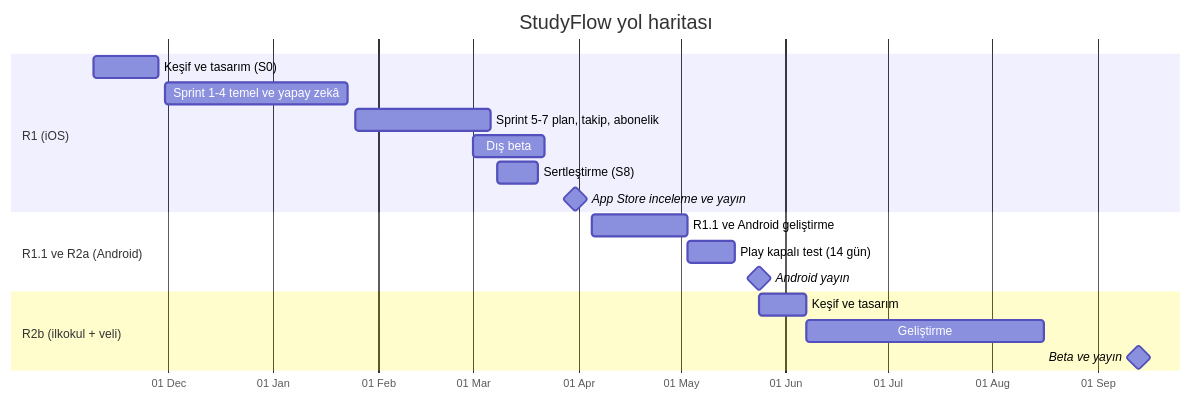
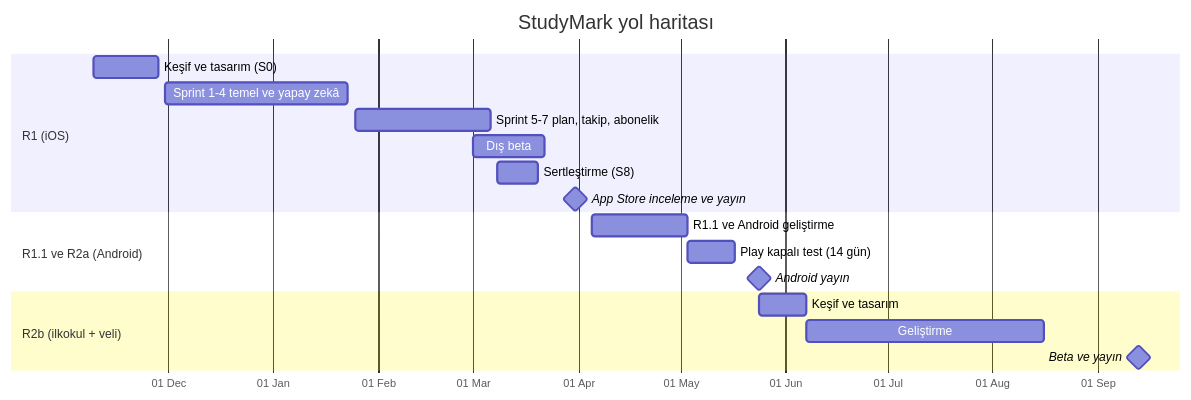
The first of 3 diagrams in agile/project_plan.md (surakaraali/studyflow), drawn with Mermaid before and after one commit. The commit also changed other lines of this file and 43 other files, not shown here.

First line of the commit message:
Rename the app to StudyMark

````diff
--- a/agile/project_plan.md
+++ b/agile/project_plan.md
@@ -35,21 +35,21 @@
 ```mermaid
 gantt
-    title StudyFlow yol haritası
+    title StudyMark yol haritası
     dateFormat YYYY-MM-DD
     axisFormat %d %b
     section R1 (iOS)
     Keşif ve tasarım (S0)          :s0, 2026-11-09, 19d
     Sprint 1-4 temel ve yapay zekâ  :s14, 2026-11-30, 54d
     Sprint 5-7 plan, takip, abonelik :s57, 2027-01-25, 40d
     Dış beta                        :beta, 2027-03-01, 21d
     Sertleştirme (S8)               :s8, 2027-03-08, 12d
     App Store inceleme ve yayın     :milestone, rel, 2027-03-31, 0d
     section R1.1 ve R2a (Android)
     R1.1 ve Android geliştirme      :r2a, 2027-04-05, 28d
     Play kapalı test (14 gün)       :play, 2027-05-03, 14d
     Android yayın                   :milestone, and, 2027-05-24, 0d
     section R2b (ilkokul + veli)
     Keşif ve tasarım                :r2bd, 2027-05-24, 14d
     Geliştirme                      :r2b, 2027-06-07, 70d
     Beta ve yayın                   :milestone, r2br, 2027-09-13, 0d
 ```
````
